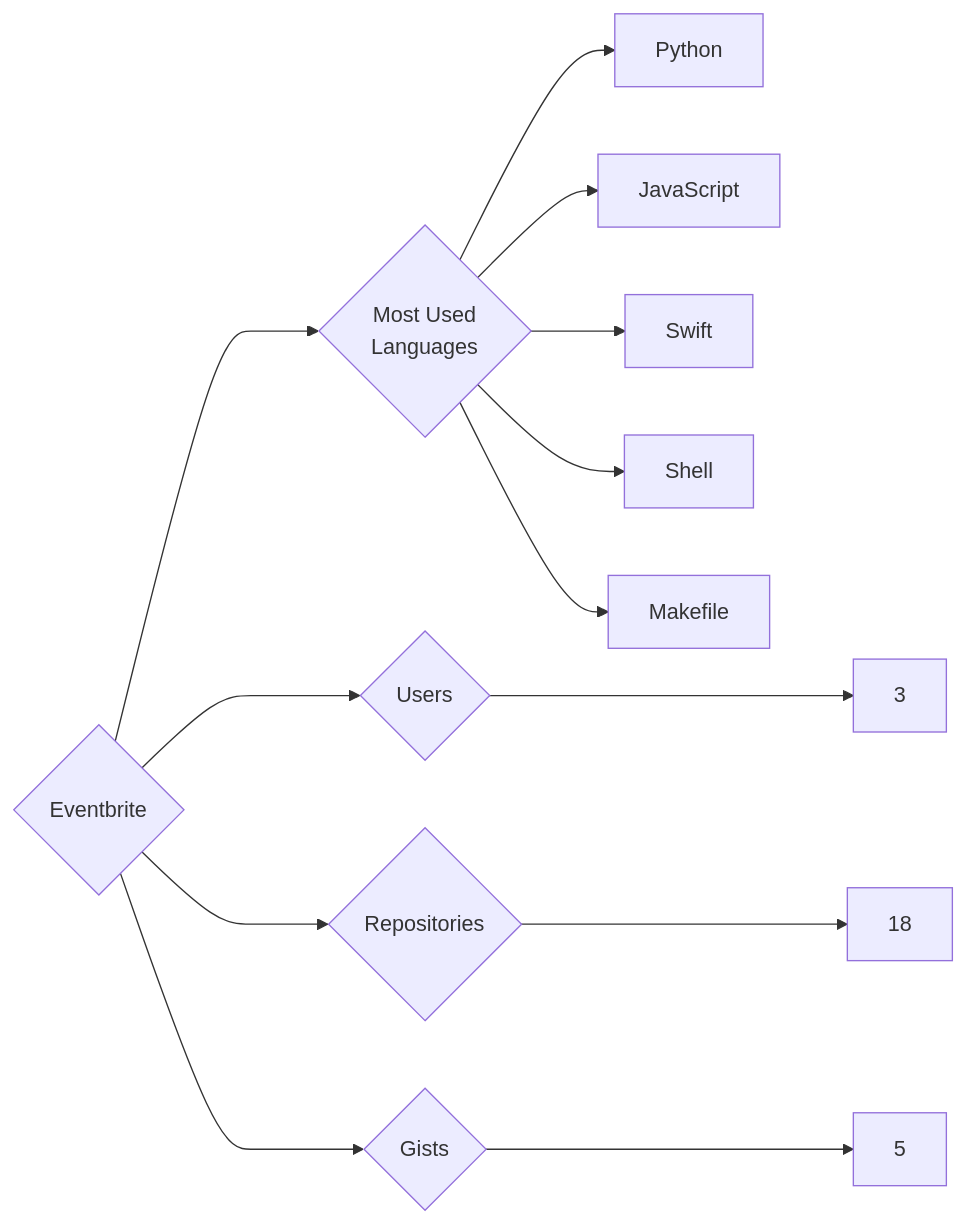
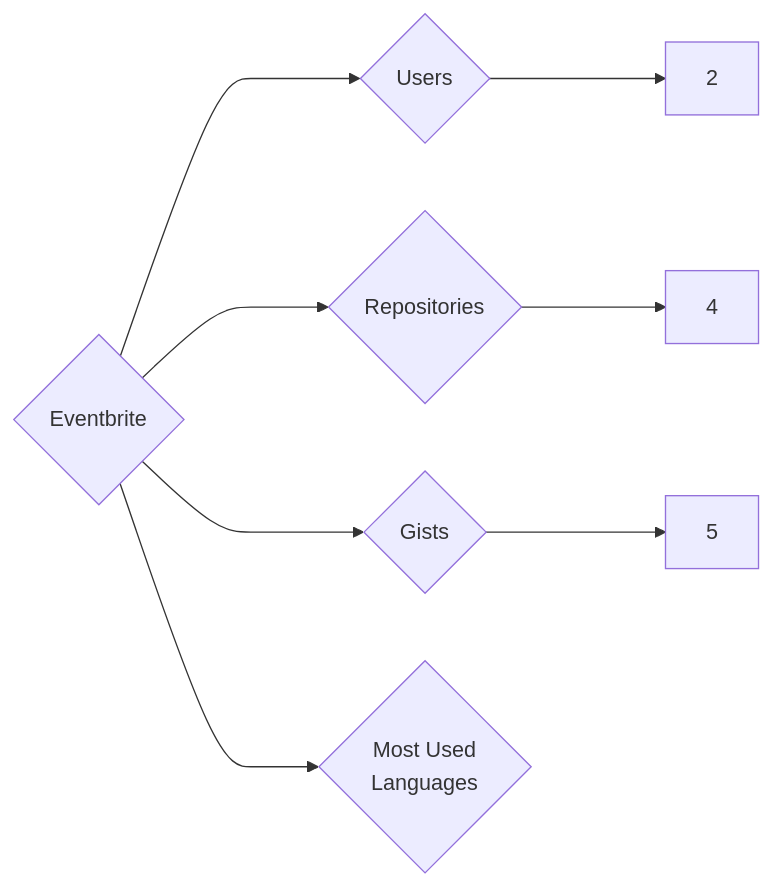
The diagram in targets/Eventbrite/README.md (trickest/insiders), drawn with Mermaid before and after one commit. The commit also changed 873 other files, not shown here.

````diff
--- a/targets/Eventbrite/README.md
+++ b/targets/Eventbrite/README.md
@@ -3,13 +3,8 @@
 ```mermaid
 graph LR
 COMPANY_NAME{Eventbrite}
-COMPANY_NAME ---> U{Users} ---> UN[3]
-COMPANY_NAME ---> R{Repositories} ---> RN[18]
+COMPANY_NAME ---> U{Users} ---> UN[2]
+COMPANY_NAME ---> R{Repositories} ---> RN[4]
 COMPANY_NAME ---> G{Gists} ---> GN[5]
 COMPANY_NAME ---> ML{Most Used<br>Languages}
-ML --> Python[Python]
-ML --> JavaScript[JavaScript]
-ML --> Swift[Swift]
-ML --> Shell[Shell]
-ML --> Makefile[Makefile]
 ```
````
